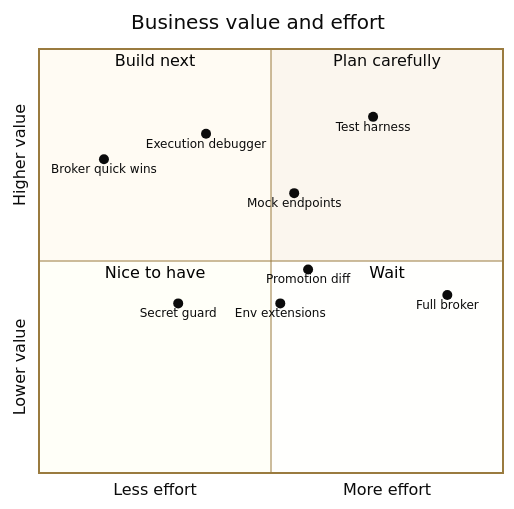
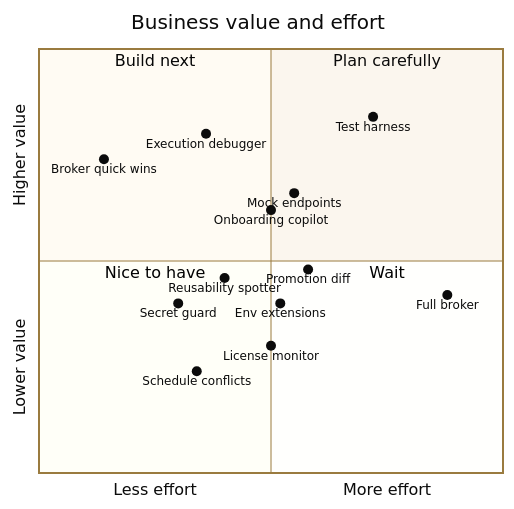
One commit to brianbrinley/ClaudeMods changed the diagram in IDEAS.md. Above: the diagram before and after it, drawn with Mermaid. The commit also changed other lines of this file, not shown here.

````diff
--- a/IDEAS.md
+++ b/IDEAS.md
@@ -36,19 +36,23 @@
 ```mermaid
 %%{init: {"theme": "base", "fontFamily": "Josefin Sans, trebuchet ms, verdana, arial, sans-serif", "themeVariables": {"fontSize": "15px", "background": "#FBF6EE", "primaryColor": "#FBF6EE", "primaryTextColor": "#0B0B0B", "primaryBorderColor": "#9A7B3F", "lineColor": "#9A7B3F", "textColor": "#0B0B0B", "secondaryColor": "#9FDED6", "tertiaryColor": "#FBE7A1", "edgeLabelBackground": "#FBF6EE", "clusterBkg": "#FBF6EE", "clusterBorder": "#9A7B3F", "actorBkg": "#F7A8C4", "actorBorder": "#C2185B", "actorTextColor": "#0B0B0B", "actorLineColor": "#9A7B3F", "signalColor": "#0B0B0B", "signalTextColor": "#0B0B0B", "labelBoxBkgColor": "#FBE7A1", "labelBoxBorderColor": "#9A7B3F", "labelTextColor": "#0B0B0B", "loopTextColor": "#0B0B0B", "noteBkgColor": "#FBE7A1", "noteBorderColor": "#9A7B3F", "noteTextColor": "#0B0B0B", "activationBkgColor": "#9FDED6", "activationBorderColor": "#0F766E", "sequenceNumberColor": "#FBF6EE"}}}%%
 quadrantChart
     title Business value and effort
     x-axis Less effort --> More effort
     y-axis Lower value --> Higher value
     quadrant-1 Plan carefully
     quadrant-2 Build next
     quadrant-3 Nice to have
     quadrant-4 Wait
     Execution debugger: [0.36, 0.80]
     Broker quick wins: [0.14, 0.74]
     Test harness: [0.72, 0.84]
     Mock endpoints: [0.55, 0.66]
     Secret guard: [0.30, 0.40]
     Promotion diff: [0.58, 0.48]
     Env extensions: [0.52, 0.40]
     Full broker: [0.88, 0.42]
+    Onboarding copilot: [0.50, 0.62]
+    Reusability spotter: [0.40, 0.46]
+    License monitor: [0.50, 0.30]
+    Schedule conflicts: [0.34, 0.24]
 ```
````
